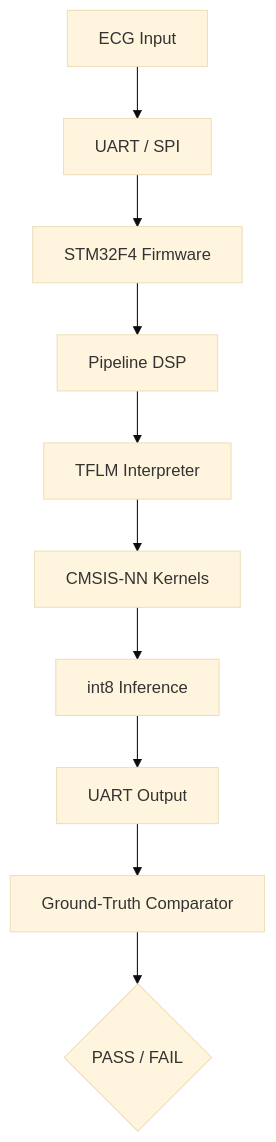
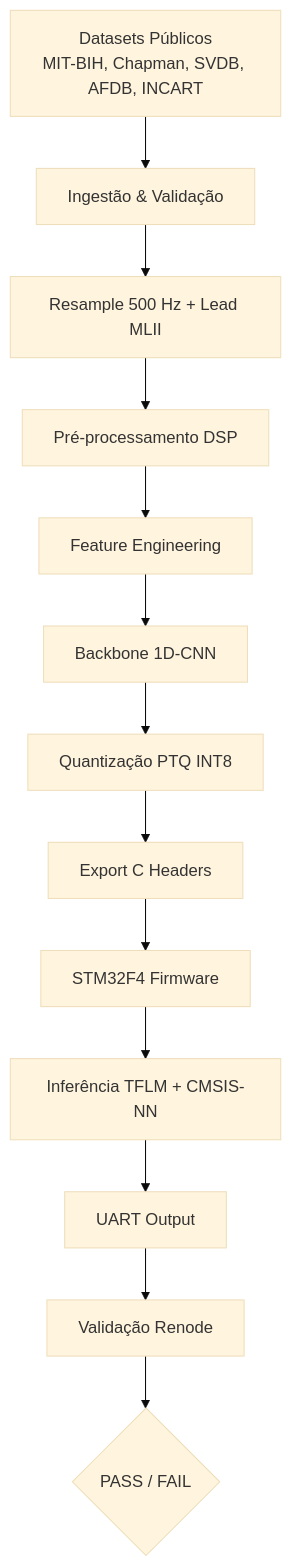
The diagram in README.md (Douglas0101/project-lewis), drawn with Mermaid (base theme) before and after one commit. The commit also changed other lines of this file, not shown here.

First line of the commit message:
docs(readme): reescreve README.md para refletir pipeline v1.4 e UI/UX intuitiva

````diff
--- a/README.md
+++ b/README.md
@@ -26,12 +59,15 @@
 ```mermaid
 flowchart TD
-    A[ECG Input] --> B[UART / SPI]
-    B --> C[STM32F4 Firmware]
-    C --> D[Pipeline DSP]
-    D --> E[TFLM Interpreter]
-    E --> F[CMSIS-NN Kernels]
-    F --> G[int8 Inference]
-    G --> H[UART Output]
-    H --> I[Ground-Truth Comparator]
-    I --> J{PASS / FAIL}
+    A[Datasets Públicos<br/>MIT-BIH, Chapman, SVDB, AFDB, INCART] --> B[Ingestão & Validação]
+    B --> C[Resample 500 Hz + Lead MLII]
+    C --> D[Pré-processamento DSP]
+    D --> E[Feature Engineering]
+    E --> F[Backbone 1D-CNN]
+    F --> G[Quantização PTQ INT8]
+    G --> H[Export C Headers]
+    H --> I[STM32F4 Firmware]
+    I --> J[Inferência TFLM + CMSIS-NN]
+    J --> K[UART Output]
+    K --> L[Validação Renode]
+    L --> M{PASS / FAIL}
 ```
````
